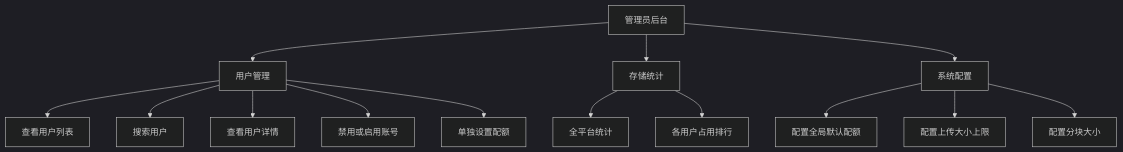
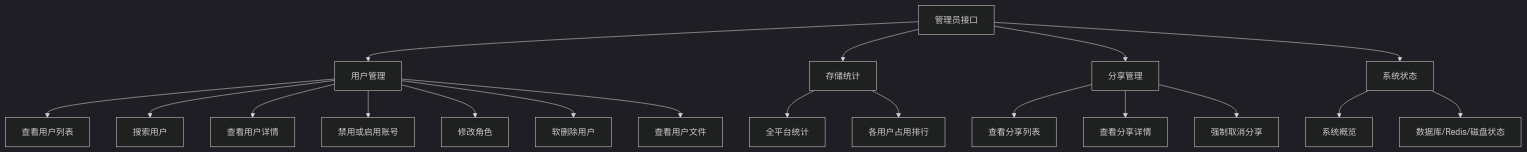
One commit to yizhinailong/disk changed the sixth of 11 diagrams in docs/lunwen/基于Drogon的网络磁盘系统的设计与实现_毕业论文.md. Above: the diagram before and after it, drawn with Mermaid (dark theme). The commit also changed other lines of this file, not shown here.

````diff
--- a/docs/lunwen/基于Drogon的网络磁盘系统的设计与实现_毕业论文.md
+++ b/docs/lunwen/基于Drogon的网络磁盘系统的设计与实现_毕业论文.md
@@ -362,20 +438,26 @@
 ```mermaid
 graph TD
-    AdminSide[管理员后台]
+    AdminSide[管理员接口]
     AdminSide --> UserMgmt[用户管理]
     AdminSide --> StorageStat[存储统计]
-    AdminSide --> SysConfig[系统配置]
+    AdminSide --> ShareMgmt[分享管理]
+    AdminSide --> SysStat[系统状态]
 
     UserMgmt --> ListUsers[查看用户列表]
     UserMgmt --> SearchUser[搜索用户]
     UserMgmt --> UserDetail[查看用户详情]
     UserMgmt --> ToggleStatus[禁用或启用账号]
-    UserMgmt --> SetUserQuota[单独设置配额]
+    UserMgmt --> ChangeRole[修改角色]
+    UserMgmt --> DeleteUser[软删除用户]
+    UserMgmt --> UserFiles[查看用户文件]
 
     StorageStat --> TotalStat[全平台统计]
     StorageStat --> UserUsage[各用户占用排行]
 
-    SysConfig --> GlobalQuota[配置全局默认配额]
-    SysConfig --> UploadLimit[配置上传大小上限]
-    SysConfig --> ChunkSize[配置分块大小]
+    ShareMgmt --> ListShares[查看分享列表]
+    ShareMgmt --> ShareDetail[查看分享详情]
+    ShareMgmt --> ForceCancel[强制取消分享]
+
+    SysStat --> Overview[系统概览]
+    SysStat --> Runtime[数据库/Redis/磁盘状态]
 ```
````
